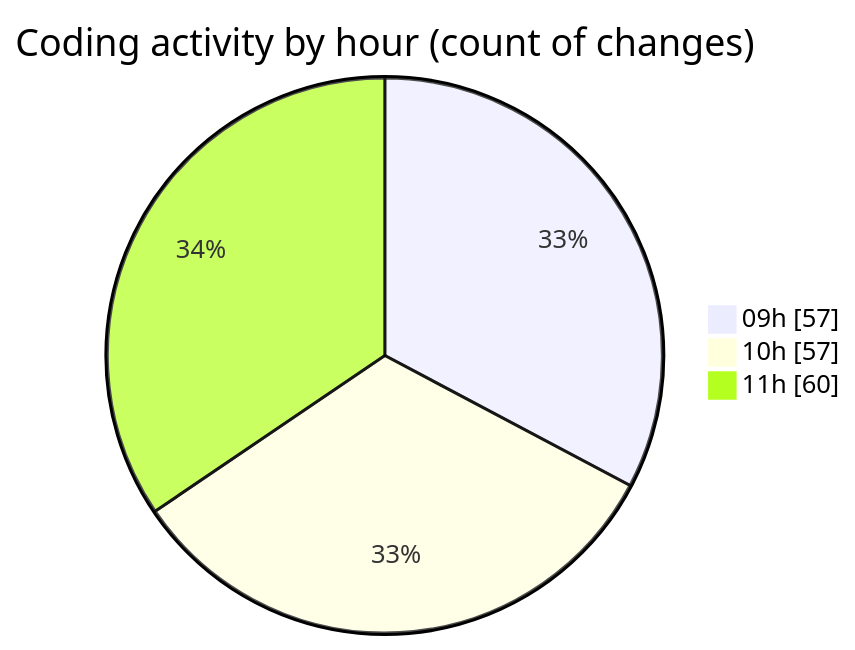
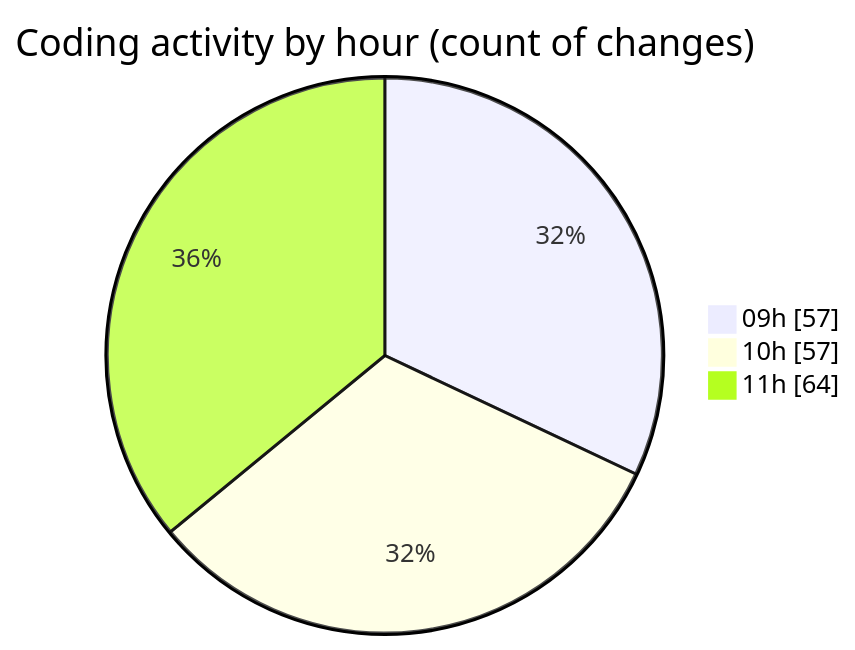
One commit to momahboobian/code-tracking changed the second of 2 diagrams in 2025-09-19/cda/README.md. Above: the diagram before and after it, drawn with Mermaid. The commit also changed other lines of this file and 1 other file, not shown here.

````diff
--- a/2025-09-19/cda/README.md
+++ b/2025-09-19/cda/README.md
@@ -30,7 +30,7 @@
 ```mermaid
 pie showData
 title Coding activity by hour (count of changes)
 "09h" : 57
 "10h" : 57
-"11h" : 60
+"11h" : 64
 ```
````
